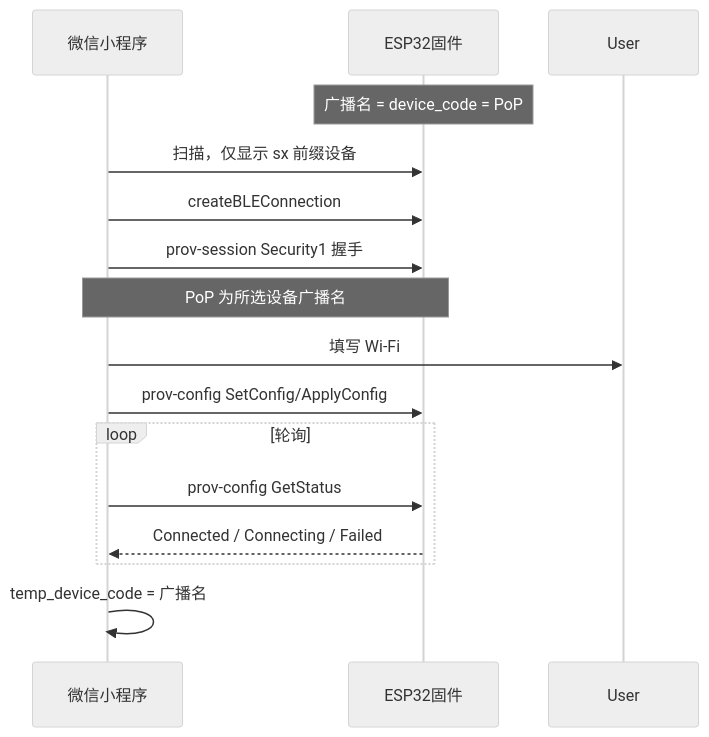
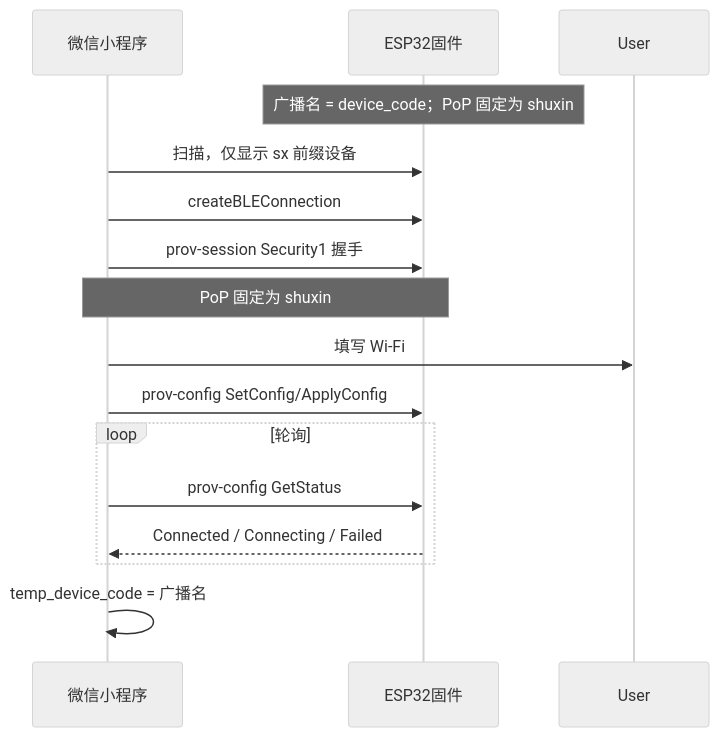
One commit to pureheartrobotics/shuxin changed the diagram in docs/WECHAT_BLE_PROVISIONING_HANDOFF.md. Above: the diagram before and after it, drawn with Mermaid (neutral theme). The commit also changed other lines of this file and 5 other files, not shown here.

````diff
--- a/docs/WECHAT_BLE_PROVISIONING_HANDOFF.md
+++ b/docs/WECHAT_BLE_PROVISIONING_HANDOFF.md
@@ -32,18 +32,18 @@
 ```mermaid
 sequenceDiagram
   participant App as 微信小程序
   participant Dev as ESP32固件
 
-  Note over Dev: 广播名 = device_code = PoP
+  Note over Dev: 广播名 = device_code；PoP 固定为 shuxin
   App->>Dev: 扫描，仅显示 sx 前缀设备
   App->>Dev: createBLEConnection
   App->>Dev: prov-session Security1 握手
-  Note over App,Dev: PoP 为所选设备广播名
+  Note over App,Dev: PoP 固定为 shuxin
   App->>User: 填写 Wi-Fi
   App->>Dev: prov-config SetConfig/ApplyConfig
   loop 轮询
     App->>Dev: prov-config GetStatus
     Dev-->>App: Connected / Connecting / Failed
   end
   App->>App: temp_device_code = 广播名
 ```
````
